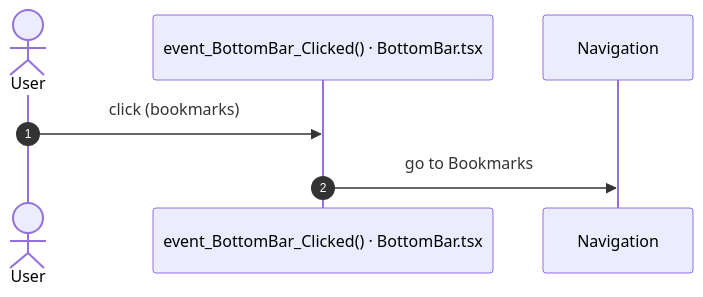
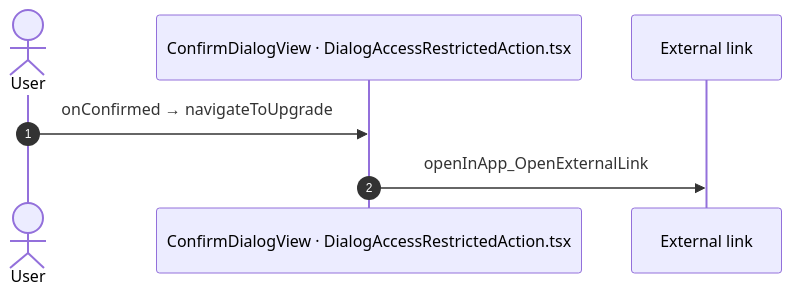
Before and after one commit to Phoenix-DX/connect-new-ui: the eighth of 13 diagrams in migration/route-actions/APP_SHELL.md, drawn with Mermaid. The commit also changed other lines of this file and 9 other files, not shown here.

Commit message:
route actions: facts only; user actions as two independent lists (OutSystems view bindings, React JSX bindings) with Mermaid sequences; factual call columns (direct caller, chains, React references); app shell by definition (survey shell, main.tsx code); constants read for React paths

````diff
--- a/migration/route-actions/APP_SHELL.md
+++ b/migration/route-actions/APP_SHELL.md
@@ -254,9 +211,9 @@
 ```mermaid
 sequenceDiagram
   autonumber
   actor U as User
-  participant H as event_BottomBar_Clicked() · BottomBar.tsx
-  participant N as Navigation
-  U->>H: click (bookmarks)
-  H->>N: go to Bookmarks
+  participant H as ConfirmDialogView · DialogAccessRestrictedAction.tsx
+  participant X as External link
+  U->>H: onConfirmed → navigateToUpgrade
+  H->>X: openInApp_OpenExternalLink
 ```
````
